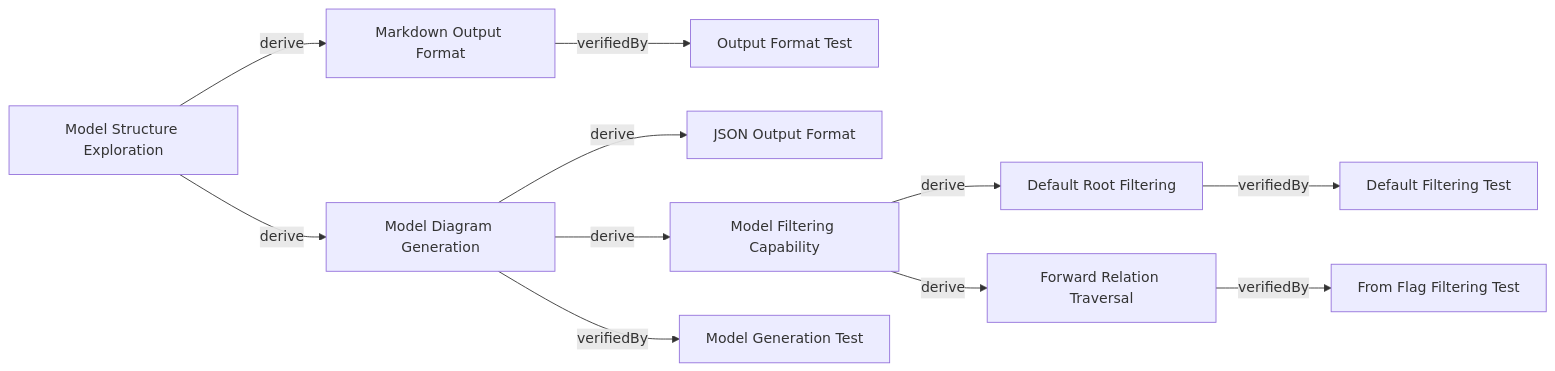
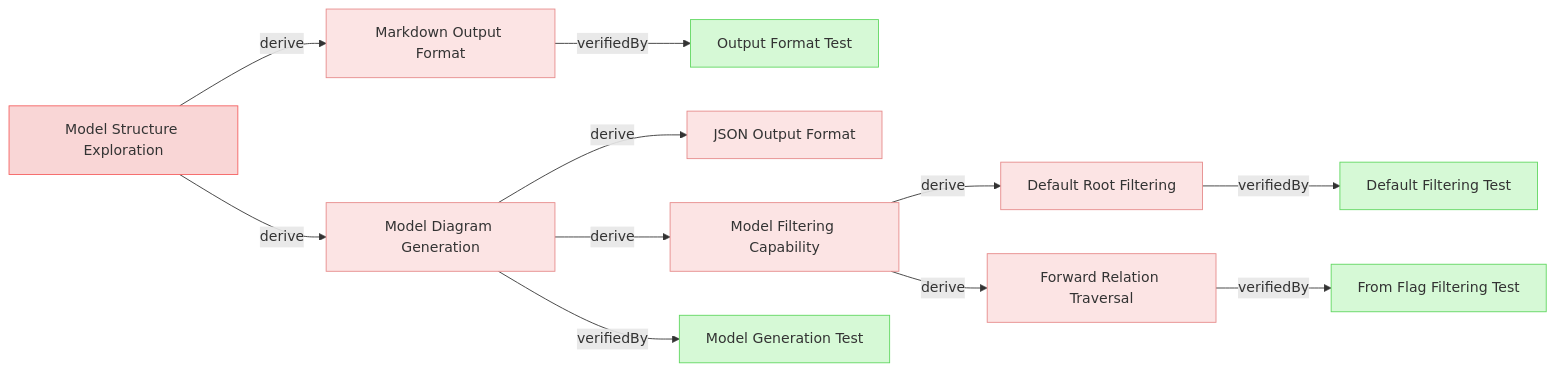
One commit to reqvire-org/reqvire changed the diagram in tests/test-model-command/expected_output.md. Above: the diagram before and after it, drawn with Mermaid. The commit also changed 8 other files, not shown here.

First line of the commit message:
Add interactive diagrams with colors and links to model view

````diff
--- a/tests/test-model-command/expected_output.md
+++ b/tests/test-model-command/expected_output.md
@@ -12,34 +12,81 @@
 ```mermaid
 graph LR
+  classDef userRequirement fill:#f9d6d6,stroke:#f55f5f,stroke-width:1px;
+  classDef systemRequirement fill:#fce4e4,stroke:#e68a8a,stroke-width:1px;
+  classDef verification fill:#d6f9d6,stroke:#5fd75f,stroke-width:1px;
+  classDef default fill:#f5f5f5,stroke:#333333,stroke-width:1px;
+
   32fb52886d6166a1["Model Structure Exploration"];
+  class 32fb52886d6166a1 userRequirement;
+  click 32fb52886d6166a1 "specifications/UserRequirements.md#model-structure-exploration";
   8accb4e2c9363546["Markdown Output Format"];
+  class 8accb4e2c9363546 systemRequirement;
+  click 8accb4e2c9363546 "specifications/SystemRequirements.md#markdown-output-format";
   32fb52886d6166a1 -->|derive| 8accb4e2c9363546;
   8accb4e2c9363546["Markdown Output Format"];
+  class 8accb4e2c9363546 systemRequirement;
+  click 8accb4e2c9363546 "specifications/SystemRequirements.md#markdown-output-format";
   8cc3b7ebaf3ea9b["Output Format Test"];
+  class 8cc3b7ebaf3ea9b verification;
+  click 8cc3b7ebaf3ea9b "specifications/Verifications/Tests.md#output-format-test";
   8accb4e2c9363546 -->|verifiedBy| 8cc3b7ebaf3ea9b;
   8cc3b7ebaf3ea9b["Output Format Test"];
+  class 8cc3b7ebaf3ea9b verification;
+  click 8cc3b7ebaf3ea9b "specifications/Verifications/Tests.md#output-format-test";
   4f998d84bbf8f547["Model Diagram Generation"];
+  class 4f998d84bbf8f547 systemRequirement;
+  click 4f998d84bbf8f547 "specifications/SystemRequirements.md#model-diagram-generation";
   32fb52886d6166a1 -->|derive| 4f998d84bbf8f547;
   4f998d84bbf8f547["Model Diagram Generation"];
+  class 4f998d84bbf8f547 systemRequirement;
+  click 4f998d84bbf8f547 "specifications/SystemRequirements.md#model-diagram-generation";
   f27d93928246808["JSON Output Format"];
+  class f27d93928246808 systemRequirement;
+  click f27d93928246808 "specifications/SystemRequirements.md#json-output-format";
   4f998d84bbf8f547 -->|derive| f27d93928246808;
   f27d93928246808["JSON Output Format"];
+  class f27d93928246808 systemRequirement;
+  click f27d93928246808 "specifications/SystemRequirements.md#json-output-format";
   1ca5a7c02ab1c5f4["Model Filtering Capability"];
+  class 1ca5a7c02ab1c5f4 systemRequirement;
+  click 1ca5a7c02ab1c5f4 "specifications/SystemRequirements.md#model-filtering-capability";
   4f998d84bbf8f547 -->|derive| 1ca5a7c02ab1c5f4;
   1ca5a7c02ab1c5f4["Model Filtering Capability"];
+  class 1ca5a7c02ab1c5f4 systemRequirement;
+  click 1ca5a7c02ab1c5f4 "specifications/SystemRequirements.md#model-filtering-capability";
   5b114dac21ad2026["Default Root Filtering"];
+  class 5b114dac21ad2026 systemRequirement;
+  click 5b114dac21ad2026 "specifications/SystemRequirements.md#default-root-filtering";
   1ca5a7c02ab1c5f4 -->|derive| 5b114dac21ad2026;
   5b114dac21ad2026["Default Root Filtering"];
+  class 5b114dac21ad2026 systemRequirement;
+  click 5b114dac21ad2026 "specifications/SystemRequirements.md#default-root-filtering";
   c28803f3ded267fb["Default Filtering Test"];
+  class c28803f3ded267fb verification;
+  click c28803f3ded267fb "specifications/Verifications/Tests.md#default-filtering-test";
   5b114dac21ad2026 -->|verifiedBy| c28803f3ded267fb;
   c28803f3ded267fb["Default Filtering Test"];
+  class c28803f3ded267fb verification;
+  click c28803f3ded267fb "specifications/Verifications/Tests.md#default-filtering-test";
   46fbef5d552a5c01["Forward Relation Traversal"];
+  class 46fbef5d552a5c01 systemRequirement;
+  click 46fbef5d552a5c01 "specifications/SystemRequirements.md#forward-relation-traversal";
   1ca5a7c02ab1c5f4 -->|derive| 46fbef5d552a5c01;
   46fbef5d552a5c01["Forward Relation Traversal"];
+  class 46fbef5d552a5c01 systemRequirement;
+  click 46fbef5d552a5c01 "specifications/SystemRequirements.md#forward-relation-traversal";
   15d847f8ebf34901["From Flag Filtering Test"];
+  class 15d847f8ebf34901 verification;
+  click 15d847f8ebf34901 "specifications/Verifications/Tests.md#from-flag-filtering-test";
   46fbef5d552a5c01 -->|verifiedBy| 15d847f8ebf34901;
   15d847f8ebf34901["From Flag Filtering Test"];
+  class 15d847f8ebf34901 verification;
+  click 15d847f8ebf34901 "specifications/Verifications/Tests.md#from-flag-filtering-test";
   e80d22d575e02537["Model Generation Test"];
+  class e80d22d575e02537 verification;
+  click e80d22d575e02537 "specifications/Verifications/Tests.md#model-generation-test";
   4f998d84bbf8f547 -->|verifiedBy| e80d22d575e02537;
   e80d22d575e02537["Model Generation Test"];
+  class e80d22d575e02537 verification;
+  click e80d22d575e02537 "specifications/Verifications/Tests.md#model-generation-test";
 ```
````
